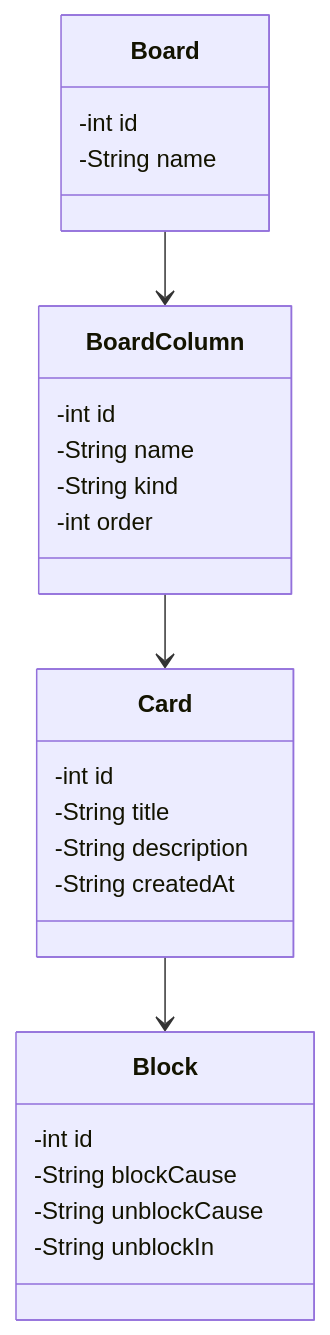
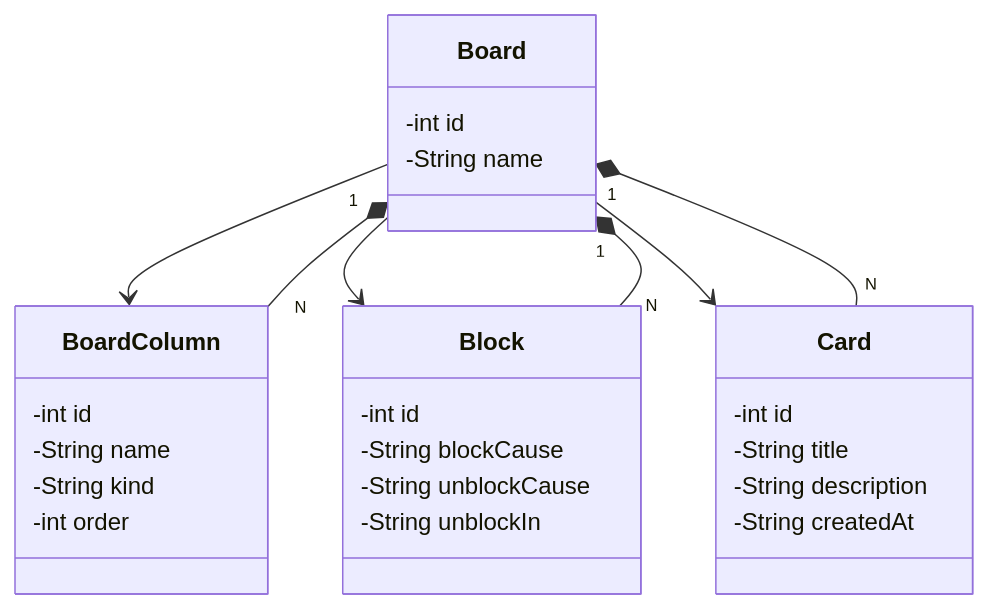
One commit to scaglia-aylla1/Board changed the diagram in README.md. Above: the diagram before and after it, drawn with Mermaid.

````diff
--- a/README.md
+++ b/README.md
@@ -5,33 +4,37 @@
 ```mermaid
 classDiagram
     class Board {
         -int id
         -String name
     }
 
     class BoardColumn {
         -int id
         -String name
         -String kind
         -int order
     }
 
     class Block {
         -int id
         -String blockCause
         -String unblockCause
         -String unblockIn
     }
 
     class Card {
         -int id
         -String title
         -String description
         -String createdAt
     }
 
     Board --> BoardColumn
-    BoardColumn --> Card
-    Card --> Block
-    
+    Board --> Block
+    Board --> Card
+
+
+    Board "1"*--"N" BoardColumn
+    Board "1"*--"N" Card
+    Board "1"*--"N" Block    
 ```
````
